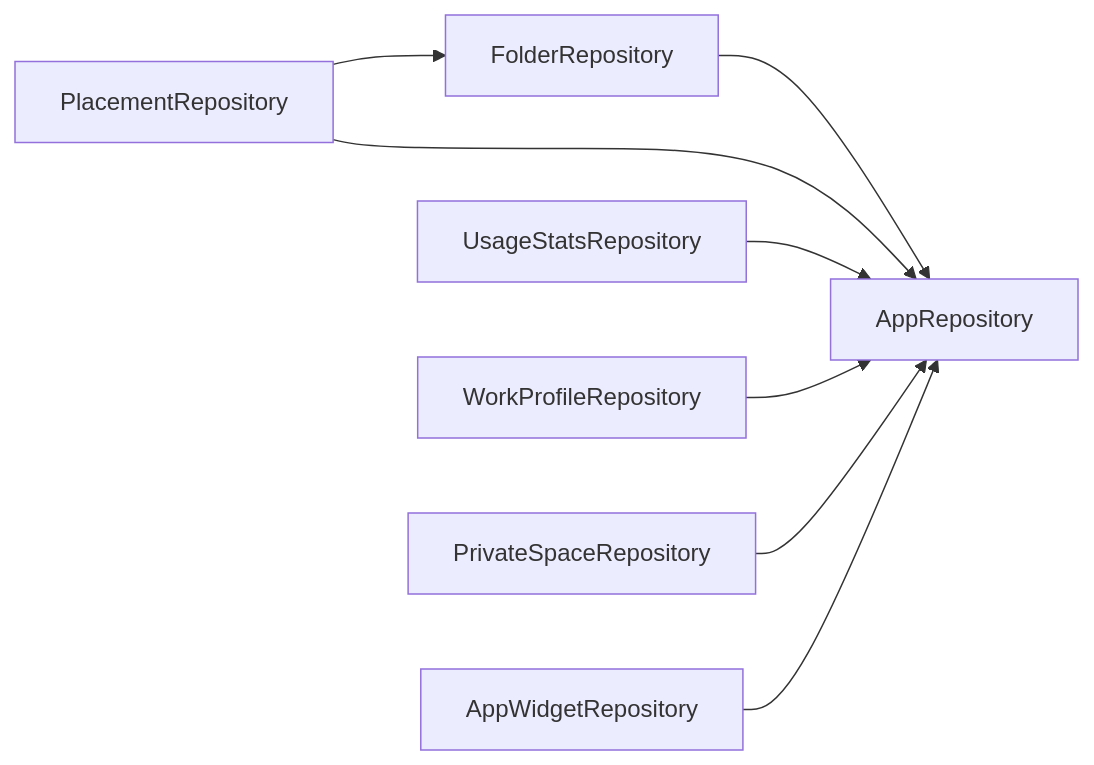
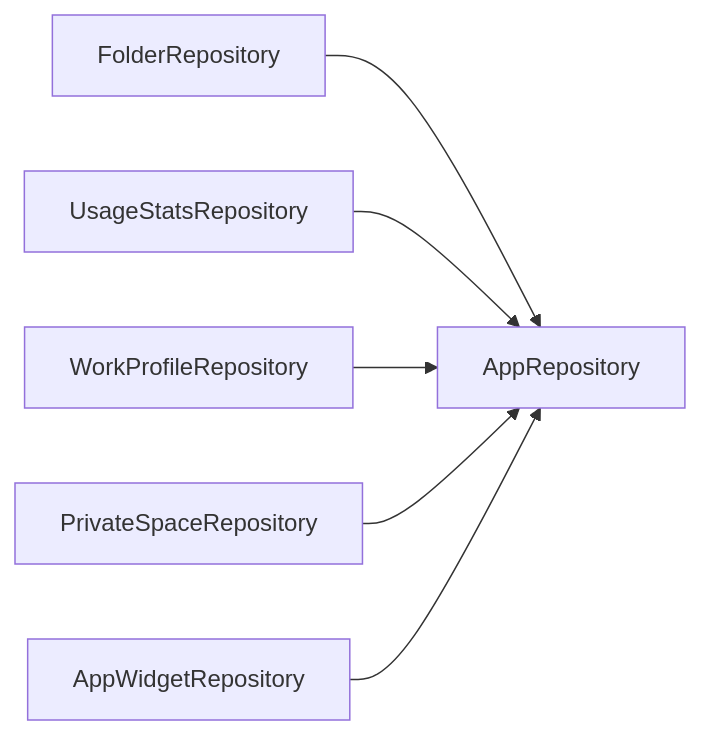
One commit to rohitganjam/facet-launcher changed the diagram in docs/architecture/05-findings.md. Above: the diagram before and after it, drawn with Mermaid. The commit also changed other lines of this file and 59 other files, not shown here.

````diff
--- a/docs/architecture/05-findings.md
+++ b/docs/architecture/05-findings.md
@@ -53,10 +36,8 @@
 ```mermaid
 flowchart LR
-    PR[PlacementRepository] --> FOR[FolderRepository]
-    FOR --> AR[AppRepository]
-    PR --> AR
+    FOR[FolderRepository] --> AR[AppRepository]
     USR[UsageStatsRepository] --> AR
     WPR2[WorkProfileRepository] --> AR
     PSR[PrivateSpaceRepository] --> AR
     AWR[AppWidgetRepository] --> AR
 ```
````
